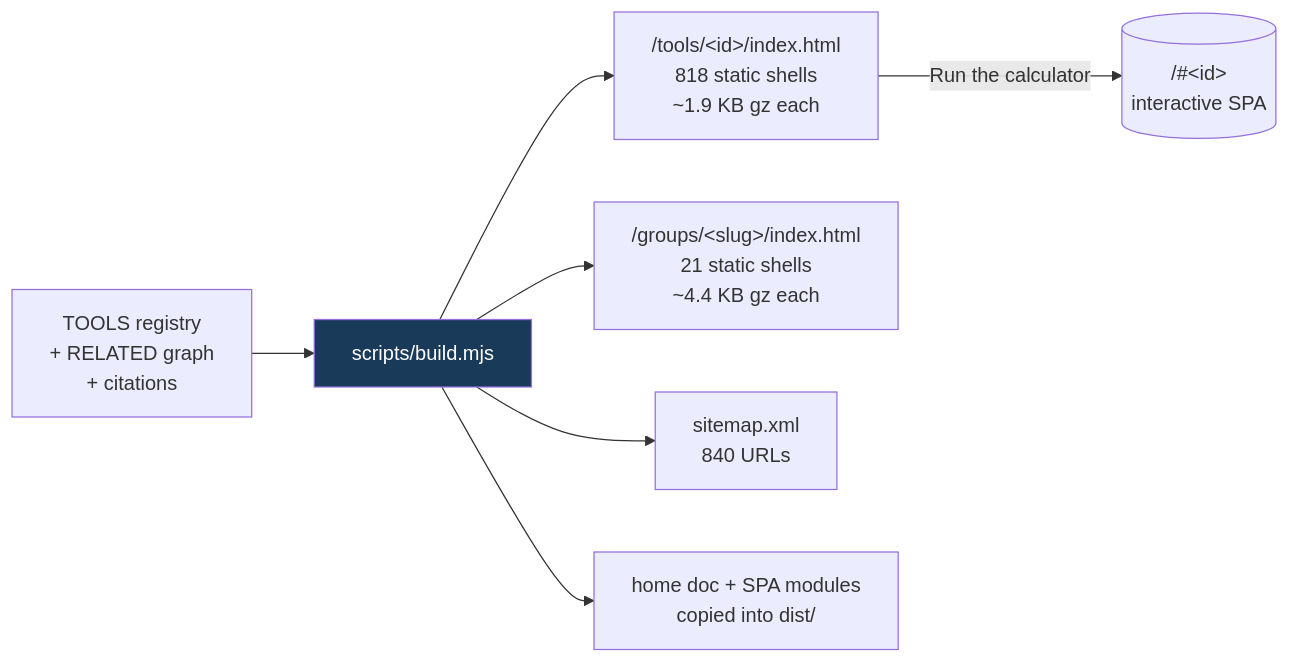
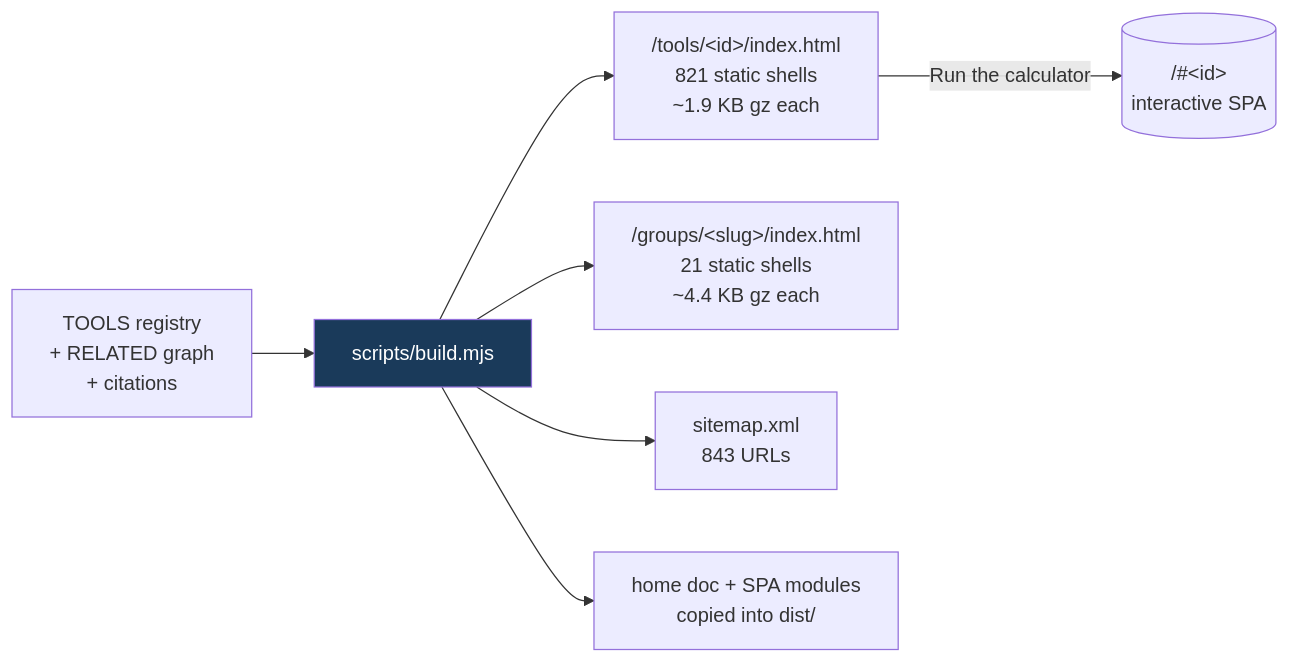
Before and after one commit to clay-good/roughlogic.com: the fifth of 8 diagrams in README.md, drawn with Mermaid. The commit also changed other lines of this file and 19 other files, not shown here.

````diff
--- a/README.md
+++ b/README.md
@@ -495,10 +495,10 @@
 ```mermaid
 flowchart LR
     SRC[TOOLS registry\n+ RELATED graph\n+ citations] --> BUILD[scripts/build.mjs]
-    BUILD --> TILE["/tools/&lt;id&gt;/index.html\n818 static shells\n~1.9 KB gz each"]
+    BUILD --> TILE["/tools/&lt;id&gt;/index.html\n821 static shells\n~1.9 KB gz each"]
     BUILD --> GROUP["/groups/&lt;slug&gt;/index.html\n21 static shells\n~4.4 KB gz each"]
-    BUILD --> MAP["sitemap.xml\n840 URLs"]
+    BUILD --> MAP["sitemap.xml\n843 URLs"]
     BUILD --> COPY[home doc + SPA modules\ncopied into dist/]
     TILE -->|Run the calculator| SPA[("/#&lt;id&gt;\ninteractive SPA")]
     style BUILD fill:#1a3a5a,color:#fff
 ```
````
